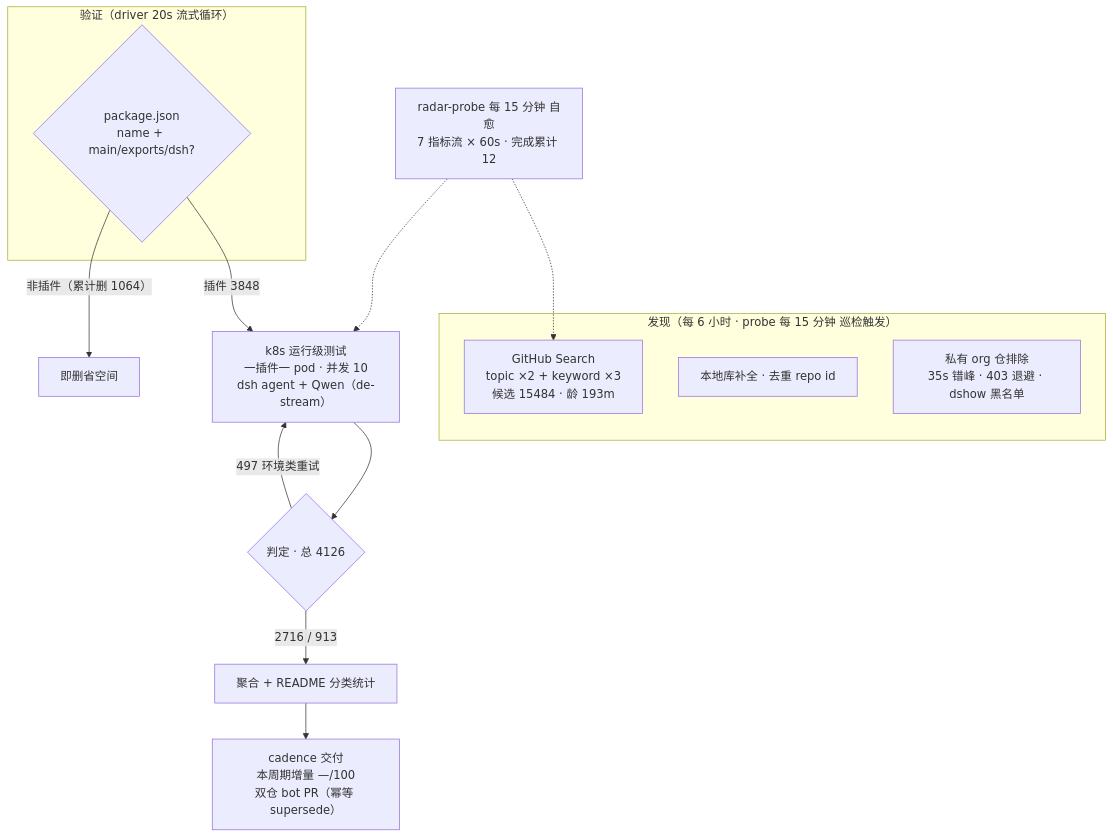
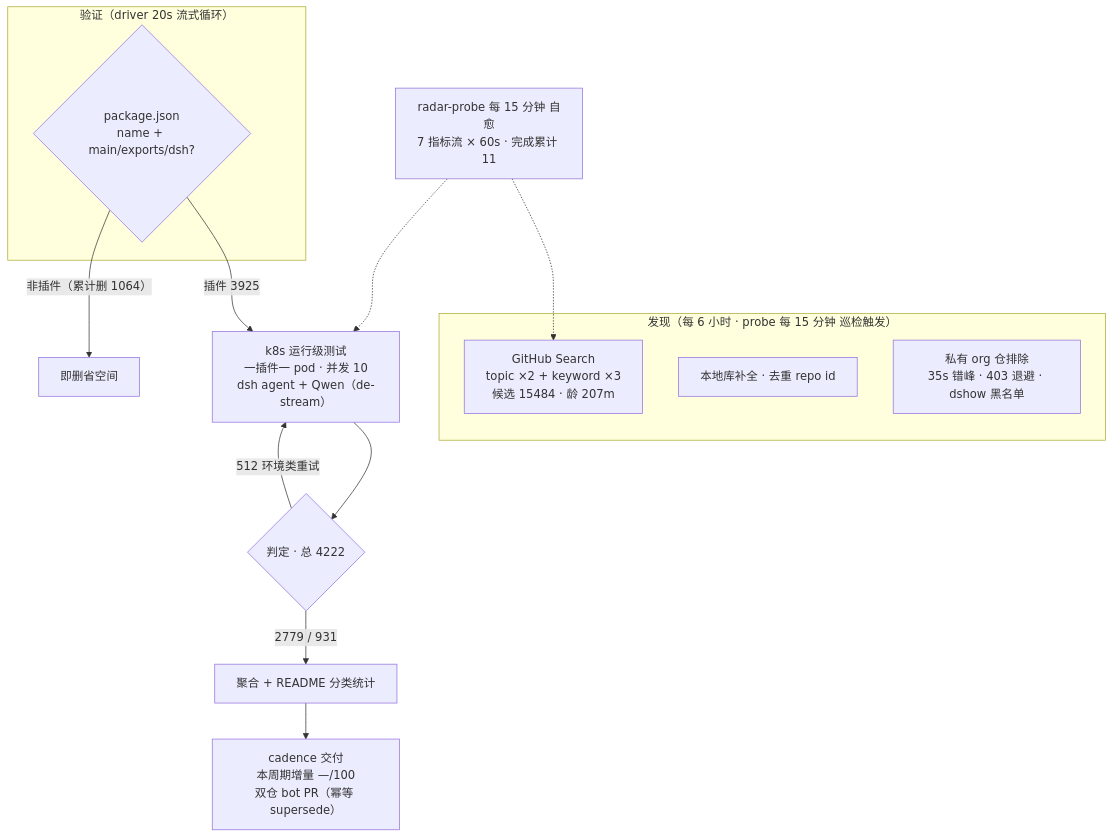
Before and after one commit to Zhidao-Lab-OSS/awesome-dsh-plugins: the diagram in README.md, drawn with Mermaid. The commit also changed other lines of this file and 1 other file, not shown here.

````diff
--- a/README.md
+++ b/README.md
@@ -37,20 +37,20 @@
 ```mermaid
 flowchart TB
     subgraph Discovery["发现（每 6 小时 · probe 每 15 分钟 巡检触发）"]
-        A1["GitHub Search<br/>topic ×2 + keyword ×3<br/>候选 15484 · 龄 193m"]
+        A1["GitHub Search<br/>topic ×2 + keyword ×3<br/>候选 15484 · 龄 207m"]
         A2["本地库补全 · 去重 repo id"]
         A3["私有 org 仓排除<br/>35s 错峰 · 403 退避 · dshow 黑名单"]
     end
     subgraph Validation["验证（driver 20s 流式循环）"]
         B1{"package.json<br/>name + main/exports/dsh?"}
     end
-    B1 -->|"插件 3848"| C1["k8s 运行级测试<br/>一插件一 pod · 并发 10<br/>dsh agent + Qwen（de-stream）"]
+    B1 -->|"插件 3925"| C1["k8s 运行级测试<br/>一插件一 pod · 并发 10<br/>dsh agent + Qwen（de-stream）"]
     B1 -->|"非插件（累计删 1064）"| B3["即删省空间"]
-    C1 --> D1{"判定 · 总 4126"}
-    D1 -->|"2716 / 913"| E1["聚合 + README 分类统计"]
-    D1 -->|"497 环境类重试"| C1
+    C1 --> D1{"判定 · 总 4222"}
+    D1 -->|"2779 / 931"| E1["聚合 + README 分类统计"]
+    D1 -->|"512 环境类重试"| C1
     E1 --> E2["cadence 交付<br/>本周期增量 —/100<br/>双仓 bot PR（幂等 supersede）"]
-    M["radar-probe 每 15 分钟 自愈<br/>7 指标流 × 60s · 完成累计 12"]
+    M["radar-probe 每 15 分钟 自愈<br/>7 指标流 × 60s · 完成累计 11"]
     M -.-> A1
     M -.-> C1
 ```
````
